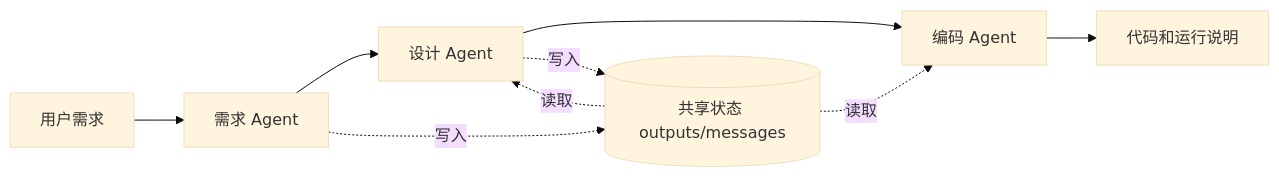
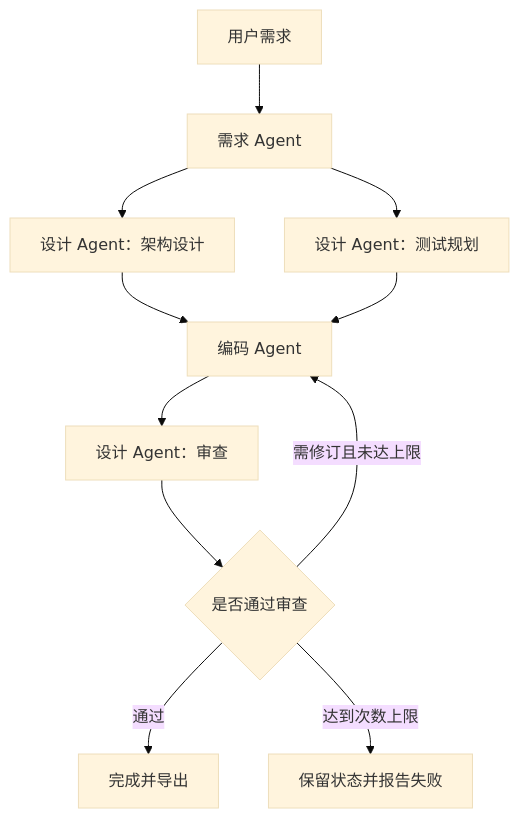
Before and after one commit to elbbx/homework2: the diagram in README.md, drawn with Mermaid (base theme). The commit also changed other lines of this file and 15 other files, not shown here.

````diff
--- a/README.md
+++ b/README.md
@@ -46,11 +34,13 @@
 ```mermaid
-flowchart LR
+flowchart TD
     U[用户需求] --> R[需求 Agent]
-    R --> D[设计 Agent]
+    R --> D[设计 Agent：架构设计]
+    R --> T[设计 Agent：测试规划]
     D --> C[编码 Agent]
-    C --> O[代码和运行说明]
-    R -.写入.-> S[(共享状态 outputs/messages)]
-    S -.读取.-> D
-    D -.写入.-> S
-    S -.读取.-> C
+    T --> C
+    C --> V[设计 Agent：审查]
+    V --> B{是否通过审查}
+    B -->|通过| O[完成并导出]
+    B -->|需修订且未达上限| C
+    B -->|达到次数上限| F[保留状态并报告失败]
 ```
````
